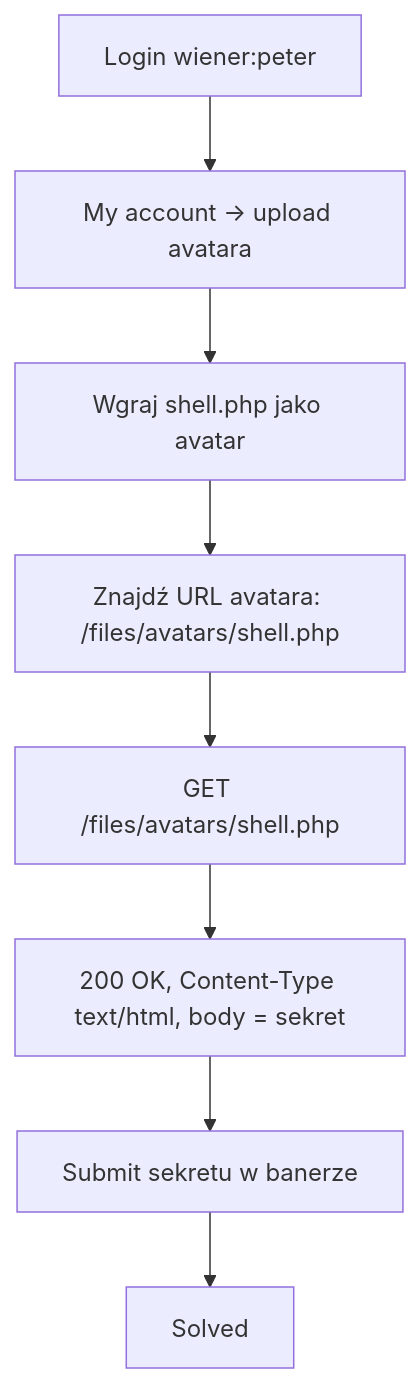
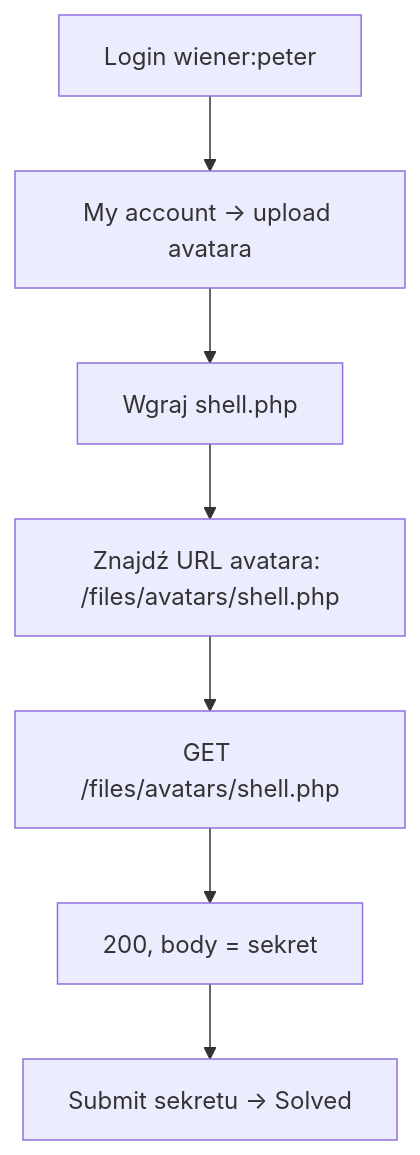
The diagram in file-upload/01-rce-via-web-shell-upload.md (DrCondor/portswigger-labs), drawn with Mermaid before and after one commit. The commit also changed other lines of this file and 26 other files, not shown here.

````diff
--- a/file-upload/01-rce-via-web-shell-upload.md
+++ b/file-upload/01-rce-via-web-shell-upload.md
@@ -59,10 +41,9 @@
 ```mermaid
 flowchart TD
     A[Login wiener:peter] --> B[My account → upload avatara]
-    B --> C[Wgraj shell.php jako avatar]
-    C --> D[Znajdź URL avatara: /files/avatars/shell.php]
+    B --> C[Wgraj shell.php]
+    C --> D["Znajdź URL avatara: /files/avatars/shell.php"]
     D --> E[GET /files/avatars/shell.php]
-    E --> F[200 OK, Content-Type text/html, body = sekret]
-    F --> G[Submit sekretu w banerze]
-    G --> H[Solved]
+    E --> F["200, body = sekret"]
+    F --> G[Submit sekretu → Solved]
 ```
````
